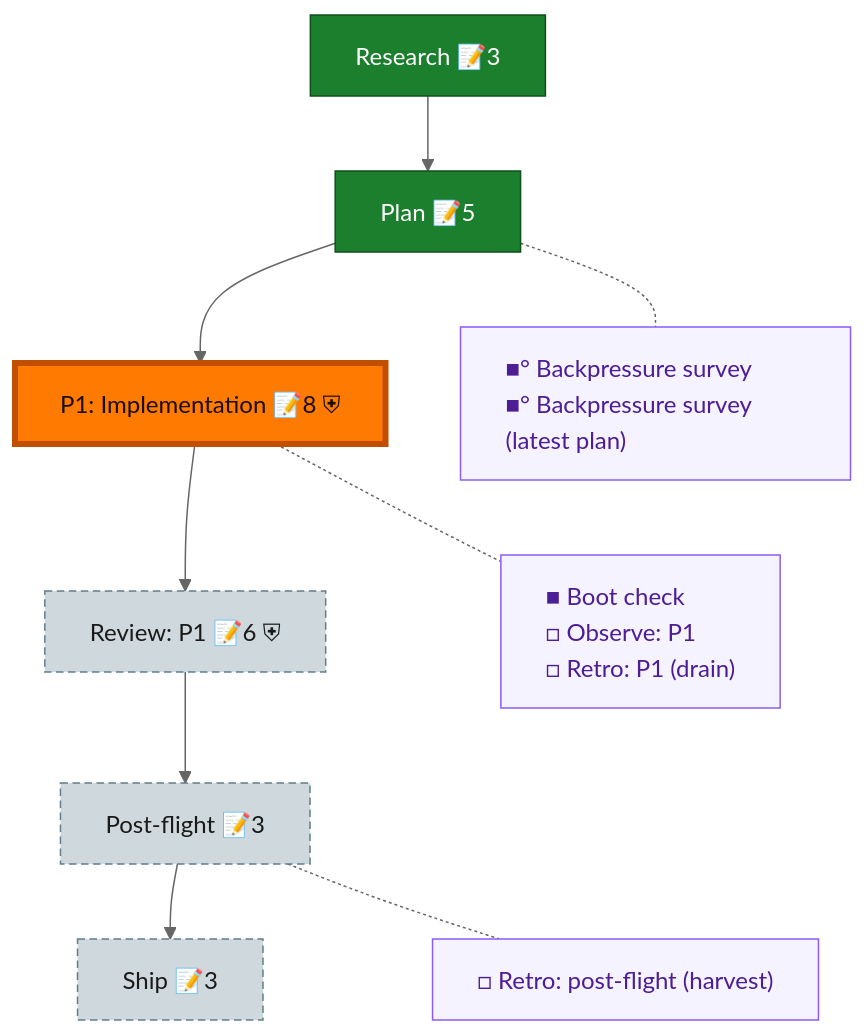
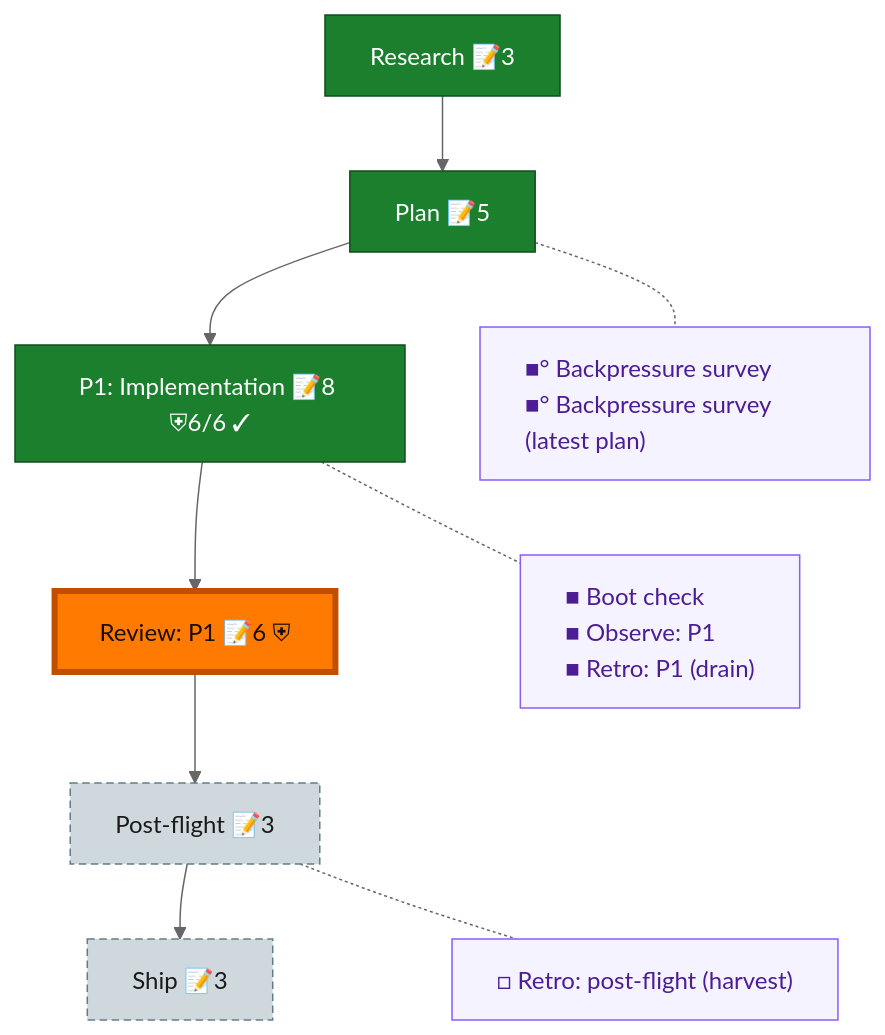
The diagram in docs/plans/127-claude-session-start-adopt/the-flow.md (vaughanknight/pij), drawn with Mermaid (neutral theme) before and after one commit. The commit also changed other lines of this file and 5 other files, not shown here.

````diff
--- a/docs/plans/127-claude-session-start-adopt/the-flow.md
+++ b/docs/plans/127-claude-session-start-adopt/the-flow.md
@@ -8,30 +8,30 @@
 ```mermaid
 flowchart TD
     research["Research 📝3"]:::done
     plan["Plan 📝5"]:::done
-    phase_1["P1: Implementation 📝8 ⛨"]:::wip
-    review_1["Review: P1 📝6 ⛨"]:::assumed
+    phase_1["P1: Implementation 📝8 ⛨6/6 ✓"]:::done
+    review_1["Review: P1 📝6 ⛨"]:::wip
     post_flight["Post-flight 📝3"]:::assumed
     ship["Ship 📝3"]:::assumed
 
     research --> plan --> phase_1 --> review_1 --> post_flight --> ship
 
     planC["■° Backpressure survey<br/>■° Backpressure survey (latest plan)"]:::chore
-    phase_1C["■ Boot check<br/>□ Observe: P1<br/>□ Retro: P1 (drain)"]:::chore
+    phase_1C["■ Boot check<br/>■ Observe: P1<br/>■ Retro: P1 (drain)"]:::chore
     post_flightC["□ Retro: post-flight (harvest)"]:::chore
 
     %% invisible chain holds the gutter boxes in their own column
     planC ~~~ phase_1C ~~~ post_flightC
 
     %% dotted links pull each gutter box beside its node
     plan -.- planC
     phase_1 -.- phase_1C
     post_flight -.- post_flightC
 
     classDef done fill:#1B7F2E,stroke:#0F4F1B,color:#fff;
     classDef wip fill:#43C04A,stroke:#1B7F2E,color:#04210A;
     classDef assumed fill:#CFD8DC,stroke:#607D8B,color:#1a1a1a,stroke-dasharray:5 3;
     classDef chore fill:#f5f3ff,stroke:#8b5cf6,color:#4c1d95,text-align:left;
     classDef current fill:#FF7A00,stroke:#C24E00,color:#1a0e00,stroke-width:4px;
-    class phase_1 current;
+    class review_1 current;
 ```
````
